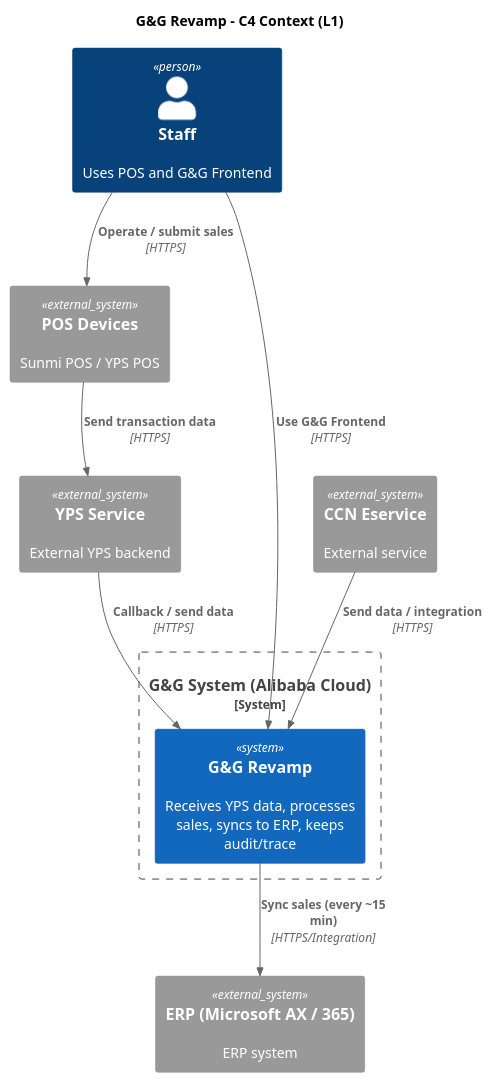
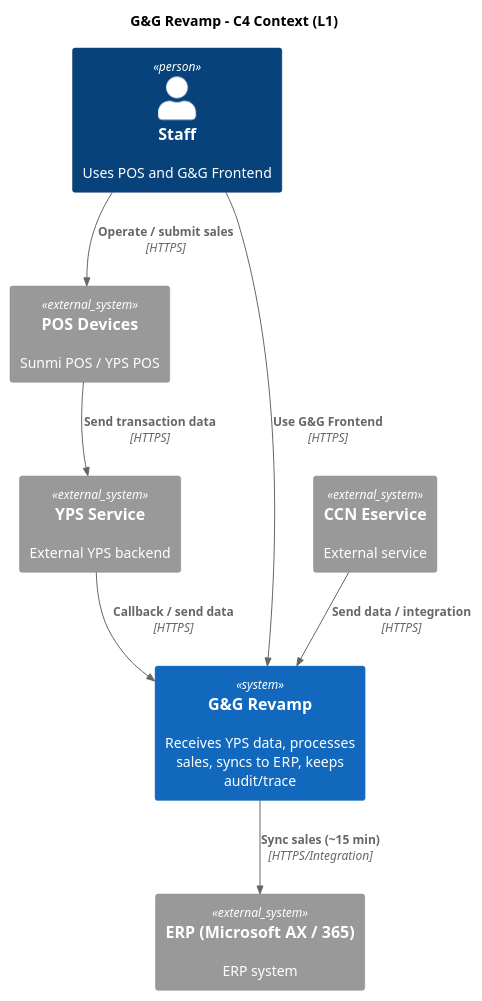
One commit to phyothuhan26/MySolutions changed the diagram in GandG_YPS/DeploymentDiagram/Option3C4/C4_1.puml. Above: the diagram before and after it, drawn with PlantUML. The commit also changed other lines of this file and 25 other files, not shown here.

```diff
--- a/GandG_YPS/DeploymentDiagram/Option3C4/C4_1.puml
+++ b/GandG_YPS/DeploymentDiagram/Option3C4/C4_1.puml
@@ -1,26 +1,22 @@
 @startuml
-!include https://raw.githubusercontent.com/plantuml-stdlib/C4-PlantUML/master/C4_Context.puml
-
+!includeurl https://raw.githubusercontent.com/plantuml-stdlib/C4-PlantUML/master/C4_Context.puml
 title G&G Revamp - C4 Context (L1)
 
 Person(staff, "Staff", "Uses POS and G&G Frontend")
 
 System_Ext(posDevices, "POS Devices", "Sunmi POS / YPS POS")
 System_Ext(ypsService, "YPS Service", "External YPS backend")
 System_Ext(ccnEservice, "CCN Eservice", "External service")
 System_Ext(erp, "ERP (Microsoft AX / 365)", "ERP system")
 
-System_Boundary(gng, "G&G System (Alibaba Cloud)") {
-  System(gngSystem, "G&G Revamp", "Receives YPS data, processes sales, syncs to ERP, keeps audit/trace")
-}
+System(gngSystem, "G&G Revamp", "Receives YPS data, processes sales, syncs to ERP, keeps audit/trace")
 
 Rel(staff, posDevices, "Operate / submit sales", "HTTPS")
 Rel(staff, gngSystem, "Use G&G Frontend", "HTTPS")
 
 Rel(posDevices, ypsService, "Send transaction data", "HTTPS")
 Rel(ypsService, gngSystem, "Callback / send data", "HTTPS")
 Rel(ccnEservice, gngSystem, "Send data / integration", "HTTPS")
 
-Rel(gngSystem, erp, "Sync sales (every ~15 min)", "HTTPS/Integration")
-
+Rel(gngSystem, erp, "Sync sales (~15 min)", "HTTPS/Integration")
 @enduml
```
